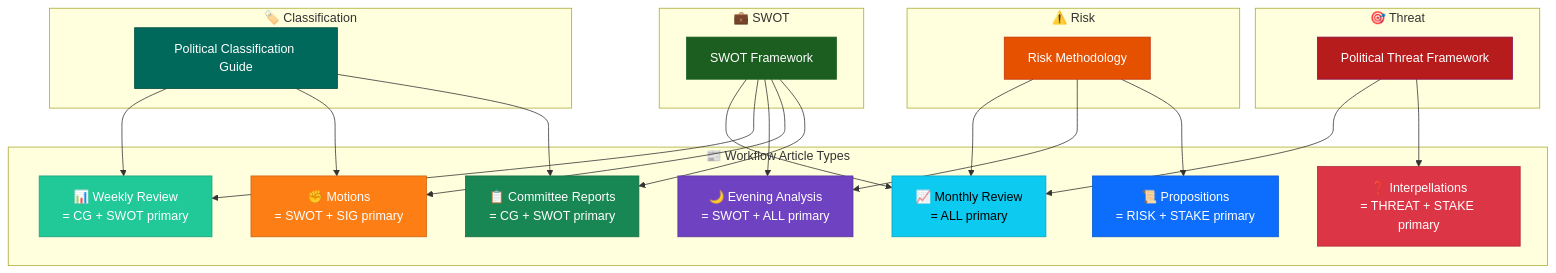
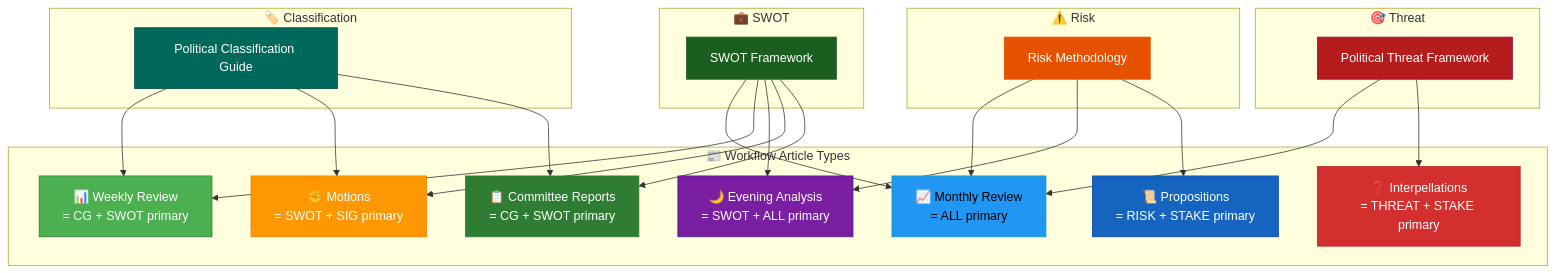
One commit to Hack23/riksdagsmonitor changed diagram 11 of 11 in analysis/methodologies/README.md. Above: the diagram before and after it, drawn with Mermaid. The commit also changed other lines of this file and 14 other files, not shown here.

First line of the commit message:
Align analysis/ mermaid diagrams with ISMS Style Guide palette and convert SWOT to quadrantChart

````diff
--- a/analysis/methodologies/README.md
+++ b/analysis/methodologies/README.md
@@ -680,42 +703,42 @@
 ```mermaid
 flowchart TD
     subgraph "🏷️ Classification"
         CG2["Political Classification Guide"]
     end
     subgraph "⚠️ Risk"
         RM2["Risk Methodology"]
     end
     subgraph "🎯 Threat"
         TF2["Political Threat Framework"]
     end
     subgraph "💼 SWOT"
         SW2["SWOT Framework"]
     end
 
     subgraph "📰 Workflow Article Types"
         CR2["📋 Committee Reports\n= CG + SWOT primary"]
         PR2["📜 Propositions\n= RISK + STAKE primary"]
         MO2["✊ Motions\n= SWOT + SIG primary"]
         IP2["❓ Interpellations\n= THREAT + STAKE primary"]
         EV2["🌙 Evening Analysis\n= SWOT + ALL primary"]
         WR2["📊 Weekly Review\n= CG + SWOT primary"]
         MR2["📈 Monthly Review\n= ALL primary"]
     end
 
     CG2 --> CR2 & MO2 & WR2
     RM2 --> PR2 & EV2 & MR2
     TF2 --> IP2 & MR2
     SW2 --> CR2 & MO2 & EV2 & WR2 & MR2
 
-    style CG2 fill:#00695C,stroke:#004D40,color:#fff
-    style RM2 fill:#E65100,stroke:#BF360C,color:#fff
-    style TF2 fill:#B71C1C,stroke:#880E4F,color:#fff
-    style SW2 fill:#1B5E20,stroke:#1B5E20,color:#fff
-    style CR2 fill:#198754,stroke:#146c43,color:#fff
-    style PR2 fill:#0d6efd,stroke:#0a58ca,color:#fff
-    style MO2 fill:#fd7e14,stroke:#ca6510,color:#fff
-    style IP2 fill:#dc3545,stroke:#b02a37,color:#fff
-    style EV2 fill:#6f42c1,stroke:#59359a,color:#fff
-    style WR2 fill:#20c997,stroke:#1aa179,color:#fff
-    style MR2 fill:#0dcaf0,stroke:#0aa2c0,color:#000
+    style CG2 fill:#00695C,stroke:#004D40,color:#FFFFFF
+    style RM2 fill:#E65100,stroke:#E65100,color:#FFFFFF
+    style TF2 fill:#B71C1C,stroke:#880E4F,color:#FFFFFF
+    style SW2 fill:#1B5E20,stroke:#1B5E20,color:#FFFFFF
+    style CR2 fill:#2E7D32,stroke:#2E7D32,color:#FFFFFF
+    style PR2 fill:#1565C0,stroke:#0D47A1,color:#FFFFFF
+    style MO2 fill:#FF9800,stroke:#F57C00,color:#FFFFFF
+    style IP2 fill:#D32F2F,stroke:#B71C1C,color:#FFFFFF
+    style EV2 fill:#7B1FA2,stroke:#4A148C,color:#FFFFFF
+    style WR2 fill:#4CAF50,stroke:#2E7D32,color:#FFFFFF
+    style MR2 fill:#2196F3,stroke:#0097A7,color:#000000
 ```
````
